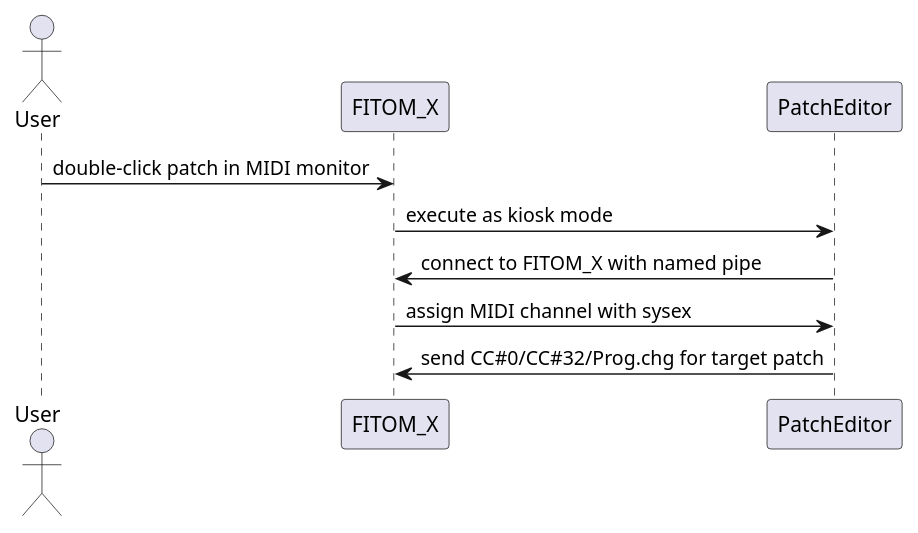
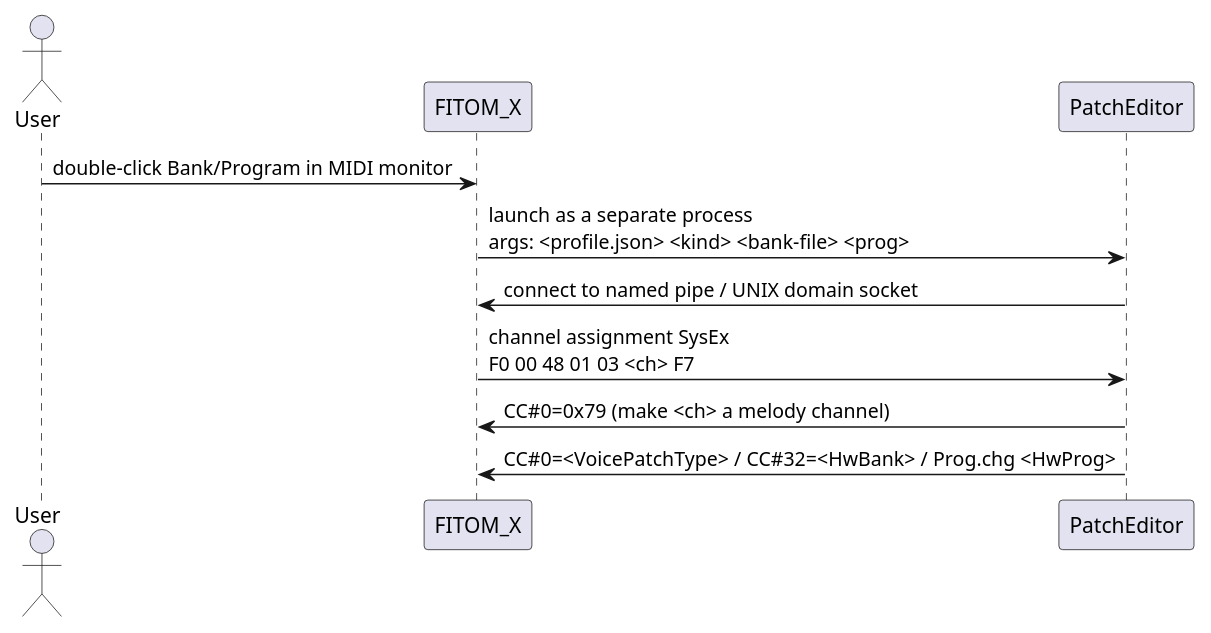
One commit to madscient/FITOM_X changed the diagram in docs/interfaces/patch-editor-connect-sequence.pu. Above: the diagram before and after it, drawn with PlantUML. The commit also changed 25 other files, not shown here.

```diff
--- a/docs/interfaces/patch-editor-connect-sequence.pu
+++ b/docs/interfaces/patch-editor-connect-sequence.pu
@@ -1,12 +1,13 @@
 @startuml
 actor User
 participant FITOM_X
 participant PatchEditor
 
-User -> FITOM_X: double-click patch in MIDI monitor
-FITOM_X -> PatchEditor: execute as kiosk mode
-PatchEditor -> FITOM_X: connect to FITOM_X with named pipe
-FITOM_X -> PatchEditor: assign MIDI channel with sysex
-PatchEditor -> FITOM_X: send CC#0/CC#32/Prog.chg for target patch
+User -> FITOM_X: double-click Bank/Program in MIDI monitor
+FITOM_X -> PatchEditor: launch as a separate process\nargs: <profile.json> <kind> <bank-file> <prog>
+PatchEditor -> FITOM_X: connect to named pipe / UNIX domain socket
+FITOM_X -> PatchEditor: channel assignment SysEx\nF0 00 48 01 03 <ch> F7
+PatchEditor -> FITOM_X: CC#0=0x79 (make <ch> a melody channel)
+PatchEditor -> FITOM_X: CC#0=<VoicePatchType> / CC#32=<HwBank> / Prog.chg <HwProg>
 
 @enduml
```
